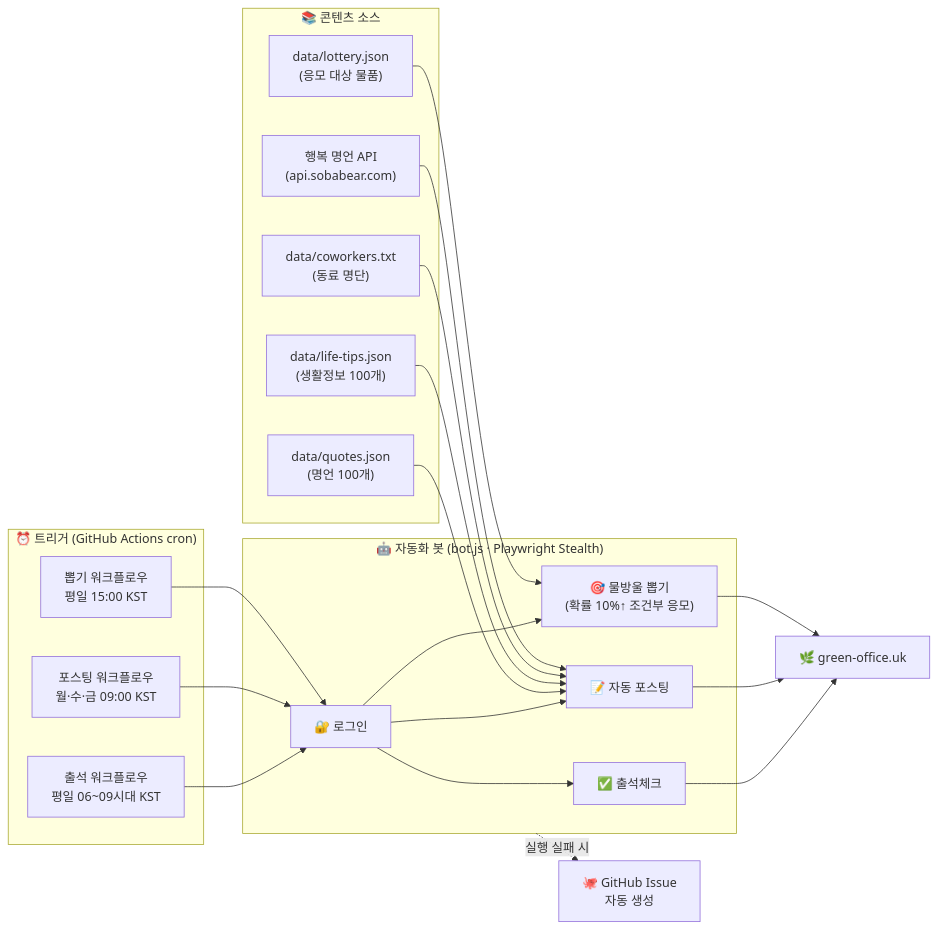
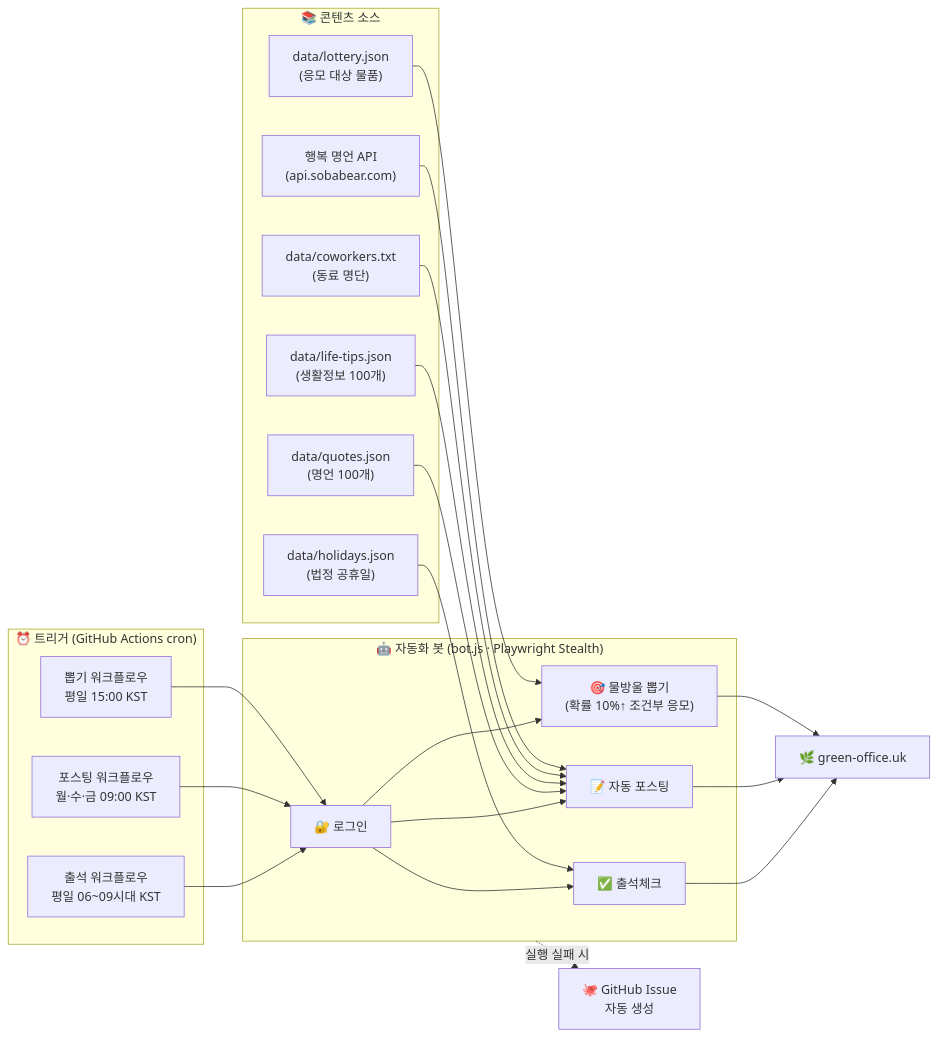
The first of 3 diagrams in README.md (leemgs/green-office-agent), drawn with Mermaid before and after one commit. The commit also changed other lines of this file and 3 other files, not shown here.

````diff
--- a/README.md
+++ b/README.md
@@ -11,42 +11,44 @@
 ```mermaid
 flowchart LR
     subgraph TRIGGER["⏰ 트리거 (GitHub Actions cron)"]
         A1["출석 워크플로우<br/>평일 06~09시대 KST"]
         A2["포스팅 워크플로우<br/>월·수·금 09:00 KST"]
         A3["뽑기 워크플로우<br/>평일 15:00 KST"]
     end
 
     subgraph SRC["📚 콘텐츠 소스"]
         Q["data/quotes.json<br/>(명언 100개)"]
         L["data/life-tips.json<br/>(생활정보 100개)"]
         C["data/coworkers.txt<br/>(동료 명단)"]
         LOT["data/lottery.json<br/>(응모 대상 물품)"]
+        HOL["data/holidays.json<br/>(법정 공휴일)"]
         API["행복 명언 API<br/>(api.sobabear.com)"]
     end
 
     subgraph BOT["🤖 자동화 봇 (bot.js · Playwright Stealth)"]
         LOGIN["🔐 로그인"]
         ATT["✅ 출석체크"]
         POST["📝 자동 포스팅"]
         LOTTERY["🎯 물방울 뽑기<br/>(확률 10%↑ 조건부 응모)"]
         LOGIN --> ATT
         LOGIN --> POST
         LOGIN --> LOTTERY
     end
 
     SITE["🌿 green-office.uk"]
     ISSUE["🐙 GitHub Issue<br/>자동 생성"]
 
     A1 --> LOGIN
     A2 --> LOGIN
     A3 --> LOGIN
     Q --> POST
     L --> POST
     C --> POST
     API --> POST
     LOT --> LOTTERY
+    HOL --> ATT
     ATT --> SITE
     POST --> SITE
     LOTTERY --> SITE
     BOT -. 실행 실패 시 .-> ISSUE
 ```
````
